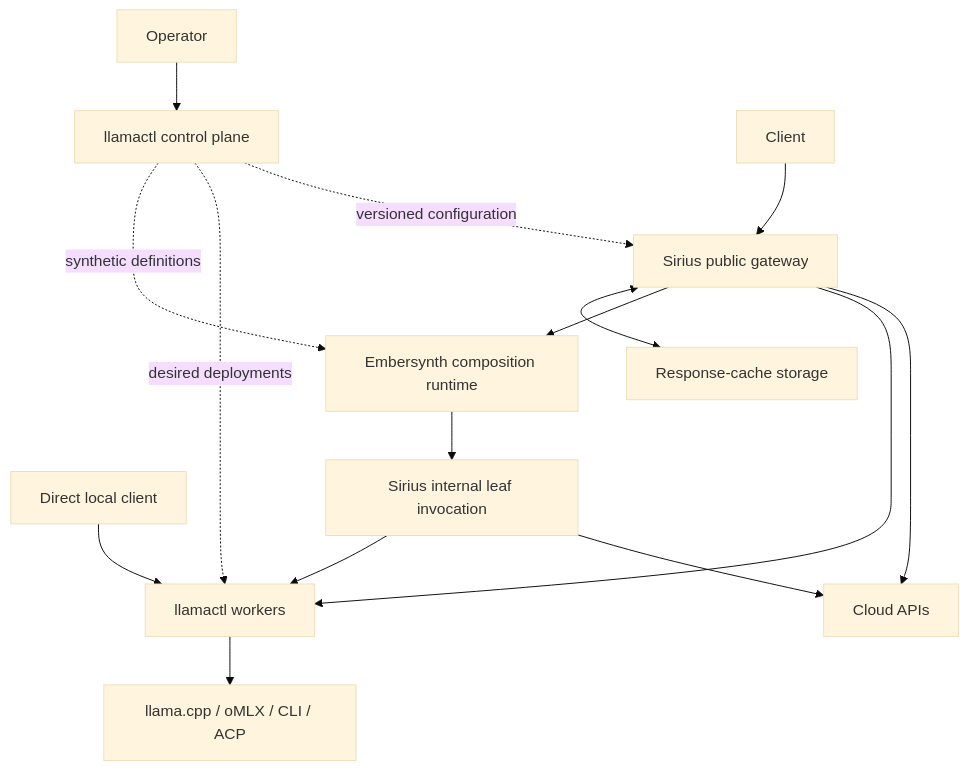
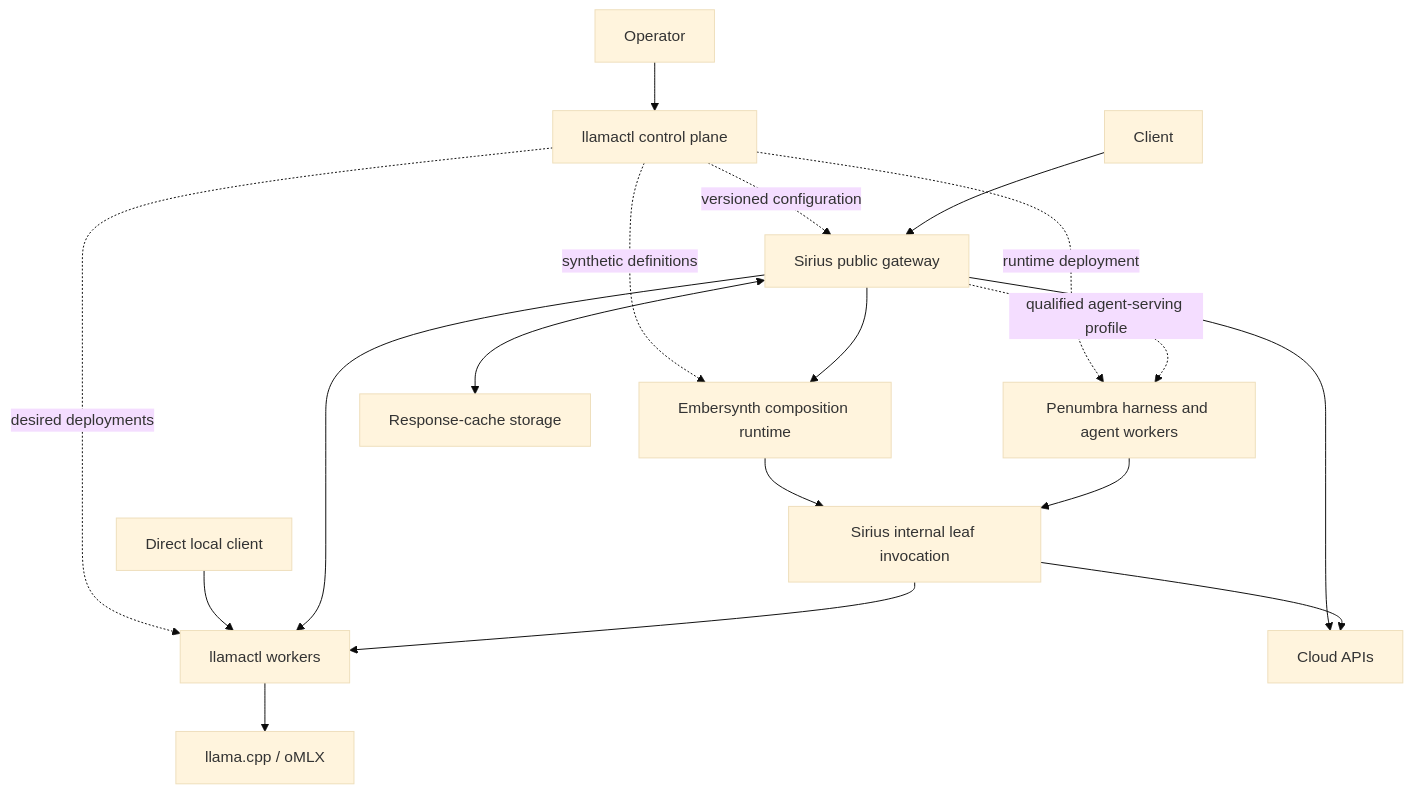
Before and after one commit to frozename/llamactl: the diagram in docs/specs/2026-09-24-ai-platform-boundaries.md, drawn with Mermaid (base theme). The commit also changed other lines of this file and 4 other files, not shown here.

Commit message:
docs(architecture): integrate Penumbra harness ownership and reuse

````diff
--- a/docs/specs/2026-09-24-ai-platform-boundaries.md
+++ b/docs/specs/2026-09-24-ai-platform-boundaries.md
@@ -65,17 +68,20 @@
 ```mermaid
 flowchart TB
   O[Operator] --> L[llamactl control plane]
   L -. versioned configuration .-> S[Sirius public gateway]
   L -. desired deployments .-> W[llamactl workers]
   L -. synthetic definitions .-> E[Embersynth composition runtime]
   C[Client] --> S
   D[Direct local client] --> W
   S --> A[Cloud APIs]
   S --> W
   S --> E
   E --> I[Sirius internal leaf invocation]
   I --> A
   I --> W
-  W --> R[llama.cpp / oMLX / CLI / ACP]
+  W --> R[llama.cpp / oMLX]
+  L -. runtime deployment .-> P[Penumbra harness and agent workers]
+  S -. qualified agent-serving profile .-> P
+  P --> I
   S <--> K[Response-cache storage]
 ```
````
